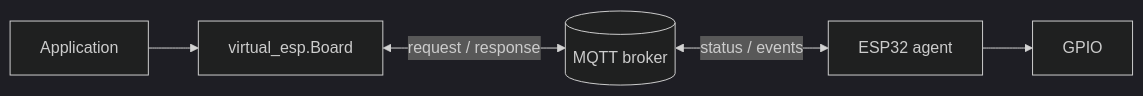
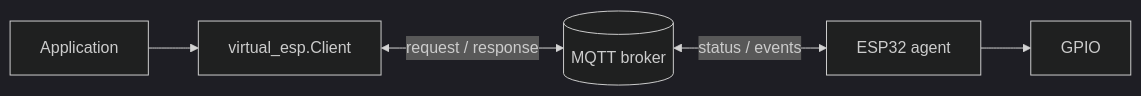
Before and after one commit to arshnooramin/espswarm: the first of 6 diagrams in docs/protocol.md, drawn with Mermaid (dark theme). The commit also changed other lines of this file and 7 other files, not shown here.

````diff
--- a/docs/protocol.md
+++ b/docs/protocol.md
@@ -7,7 +7,7 @@
 ```mermaid
 flowchart LR
-    App[Application] --> Host[virtual_esp.Board]
+    App[Application] --> Host[virtual_esp.Client]
     Host <-->|request / response| Broker[(MQTT broker)]
     Broker <-->|status / events| Board[ESP32 agent]
     Board --> HW[GPIO]
 ```
````
